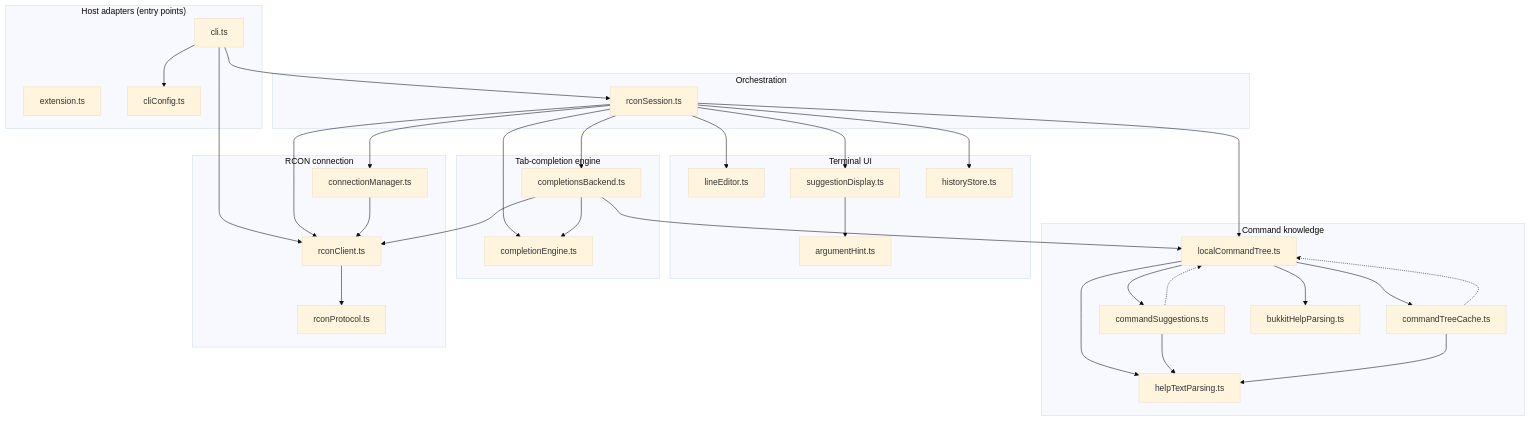
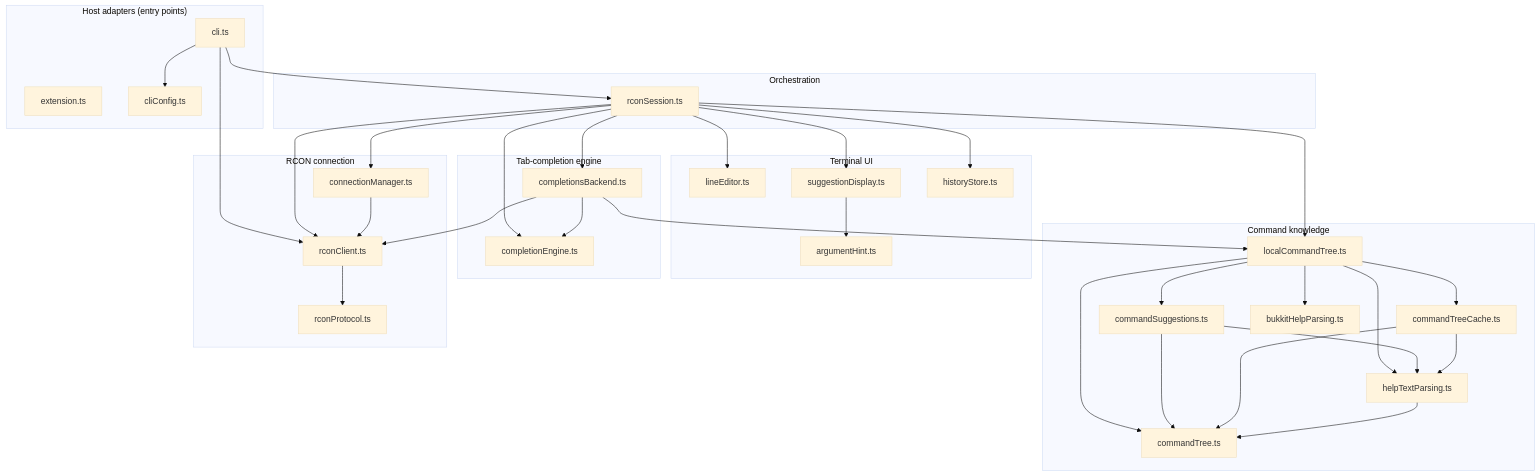
The diagram in docs/ARCHITECTURE.md (xton/minercon), drawn with Mermaid (base theme) before and after one commit. The commit also changed other lines of this file and 10 other files, not shown here.

First line of the commit message:
Unify CommandNode/Parameter into one recursive tree in commandTree.ts

````diff
--- a/docs/ARCHITECTURE.md
+++ b/docs/ARCHITECTURE.md
@@ -86,69 +86,72 @@
 ```mermaid
 graph TD
     subgraph Adapters["Host adapters (entry points)"]
         extension[extension.ts]
         cli[cli.ts]
         cliConfig[cliConfig.ts]
     end
 
     subgraph Orchestration
         rconSession[rconSession.ts]
     end
 
     subgraph UI["Terminal UI"]
         lineEditor[lineEditor.ts]
         suggestionDisplay[suggestionDisplay.ts]
         argumentHint[argumentHint.ts]
         historyStore[historyStore.ts]
     end
 
     subgraph Completion["Tab-completion engine"]
         completionEngine[completionEngine.ts]
         completionsBackend[completionsBackend.ts]
     end
 
     subgraph Knowledge["Command knowledge"]
+        commandTree[commandTree.ts]
         localCommandTree[localCommandTree.ts]
         commandSuggestions[commandSuggestions.ts]
         commandTreeCache[commandTreeCache.ts]
         helpTextParsing[helpTextParsing.ts]
         bukkitHelpParsing[bukkitHelpParsing.ts]
     end
 
     subgraph Connection["RCON connection"]
         connectionManager[connectionManager.ts]
         rconClient[rconClient.ts]
         rconProtocol[rconProtocol.ts]
     end
 
     cli --> rconSession
     cli --> cliConfig
     cli --> rconClient
 
     rconSession --> connectionManager
     rconSession --> lineEditor
     rconSession --> suggestionDisplay
     rconSession --> completionEngine
     rconSession --> completionsBackend
     rconSession --> localCommandTree
     rconSession --> historyStore
     rconSession --> rconClient
 
     suggestionDisplay --> argumentHint
 
     completionsBackend --> completionEngine
     completionsBackend --> localCommandTree
     completionsBackend --> rconClient
 
     localCommandTree --> commandSuggestions
     localCommandTree --> commandTreeCache
     localCommandTree --> helpTextParsing
     localCommandTree --> bukkitHelpParsing
-    commandSuggestions -.-> localCommandTree
-    commandTreeCache -.-> localCommandTree
+    localCommandTree --> commandTree
+    commandSuggestions --> commandTree
+    commandTreeCache --> commandTree
+    helpTextParsing --> commandTree
     commandSuggestions --> helpTextParsing
     commandTreeCache --> helpTextParsing
 
     connectionManager --> rconClient
     rconClient --> rconProtocol
 ```
````
